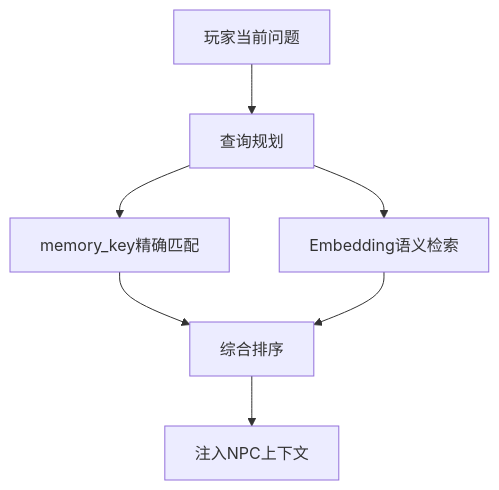
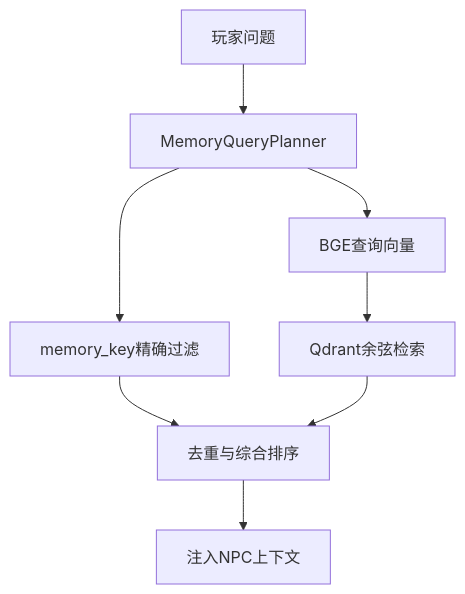
The fourth of 5 diagrams in md/项目架构说明.md (shark-max-ops/15_cyber-town-from-scratch), drawn with Mermaid before and after one commit. The commit also changed other lines of this file and 14 other files, not shown here.

````diff
--- a/md/项目架构说明.md
+++ b/md/项目架构说明.md
@@ -192,16 +173,10 @@
 ```mermaid
 flowchart TD
-    Query["玩家当前问题"]
-    Plan["查询规划"]
-    Exact["memory_key精确匹配"]
-    Vector["Embedding语义检索"]
-    Rank["综合排序"]
-    Context["注入NPC上下文"]
-
-    Query --> Plan
-    Plan --> Exact
-    Plan --> Vector
-    Exact --> Rank
-    Vector --> Rank
-    Rank --> Context
+    A["玩家问题"] --> B["MemoryQueryPlanner"]
+    B --> C["memory_key精确过滤"]
+    B --> D["BGE查询向量"]
+    D --> E["Qdrant余弦检索"]
+    C --> F["去重与综合排序"]
+    E --> F
+    F --> G["注入NPC上下文"]
 ```
````
